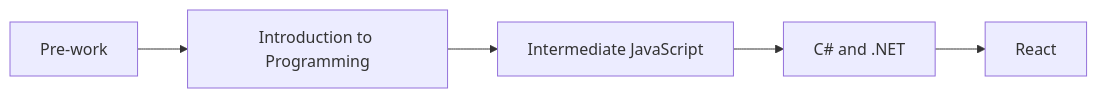
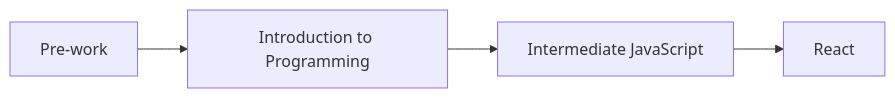
The diagram in versioned_docs/version-WIP/0_pre-work/0_getting-started-at-fidgetech/1-0-0-01-learn-how-to-program.md (fidgetech/curriculum), drawn with Mermaid before and after one commit. The commit also changed other lines of this file and 6 other files, not shown here.

````diff
--- a/versioned_docs/version-WIP/0_pre-work/0_getting-started-at-fidgetech/1-0-0-01-learn-how-to-program.md
+++ b/versioned_docs/version-WIP/0_pre-work/0_getting-started-at-fidgetech/1-0-0-01-learn-how-to-program.md
@@ -29,7 +29,6 @@
 ```mermaid
 flowchart LR
   prework[Pre-work] --> intro[Introduction to Programming]
   intro --> js[Intermediate JavaScript]
-  js --> csharp[C# and .NET]
-  csharp --> react[React]
+  js --> react[React]
 ```
````
